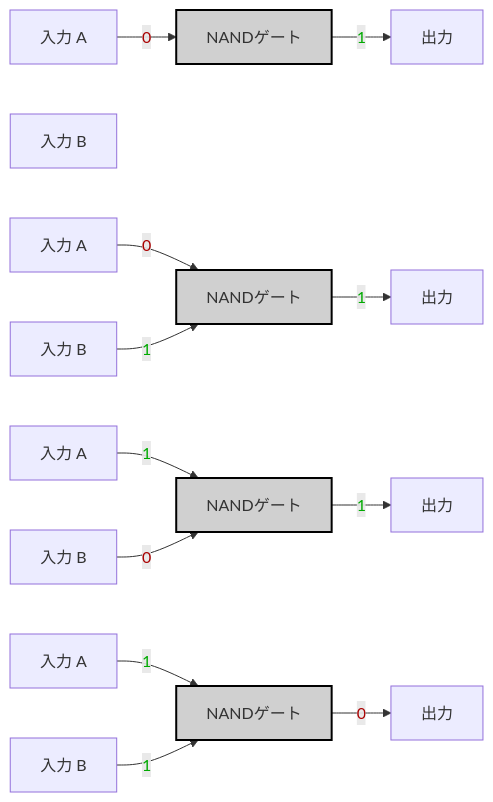
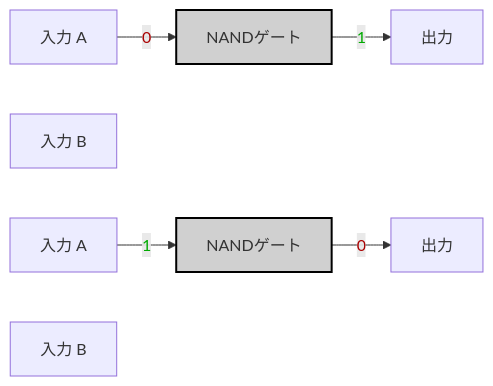
The diagram in 99_Projects/Nand2Tetris/HackHDL/NOT.md (MeJamoLeo/Vault_Templates), drawn with Mermaid before and after one commit. The commit also changed other lines of this file and 4 other files, not shown here.

````diff
--- a/99_Projects/Nand2Tetris/HackHDL/NOT.md
+++ b/99_Projects/Nand2Tetris/HackHDL/NOT.md
@@ -12,20 +19,12 @@
 ```mermaid
 graph LR;
     A0["入力 A"] -->|<span style="color:#a00">0</span>| NAND0;
     B0["入力 B"] 
     NAND0["NANDゲート"]:::gate -->|<span style="color:#0a0">1</span>| OUT0["出力"];
 
-    A1["入力 A"] -->|<span style="color:#a00">0</span>| NAND1;
-    B1["入力 B"] -->|<span style="color:#0a0">1</span>| NAND1;
-    NAND1["NANDゲート"]:::gate -->|<span style="color:#0a0">1</span>| OUT1["出力"];
-
     A2["入力 A"] -->|<span style="color:#0a0">1</span>| NAND2;
-    B2["入力 B"] -->|<span style="color:#a00">0</span>| NAND2;
-    NAND2["NANDゲート"]:::gate -->|<span style="color:#0a0">1</span>| OUT2["出力"];
-
-    A3["入力 A"] -->|<span style="color:#0a0">1</span>| NAND3;
-    B3["入力 B"] -->|<span style="color:#0a0">1</span>| NAND3;
-    NAND3["NANDゲート"]:::gate -->|<span style="color:#a00">0</span>| OUT3["出力"];
+    B2["入力 B"]
+    NAND2["NANDゲート"]:::gate -->|<span style="color:#a00">0</span>| OUT2["出力"];
 
     classDef gate fill:#d0d0d0,stroke:#000,stroke-width:2px;
 ```
````
